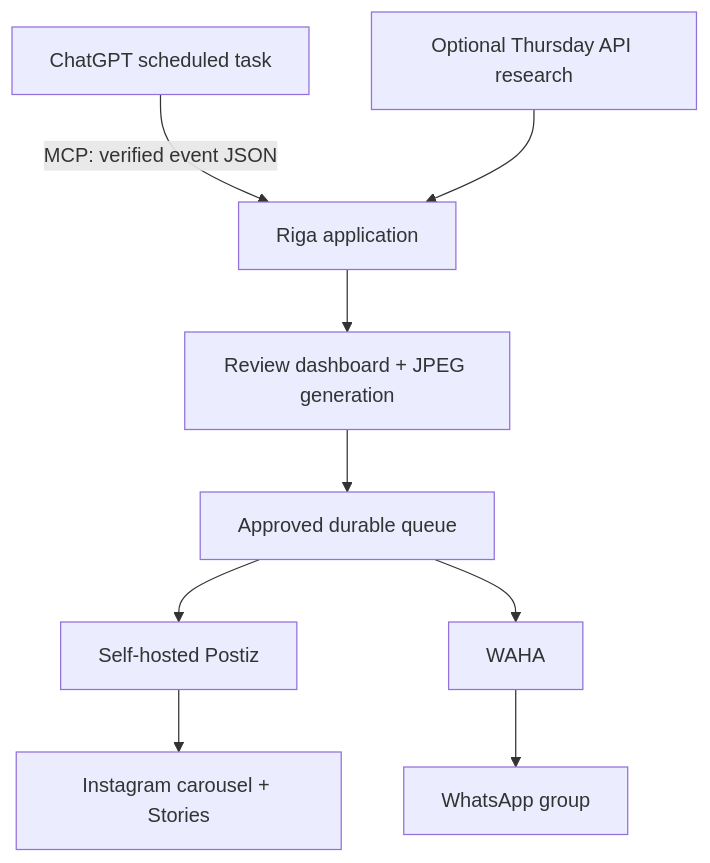
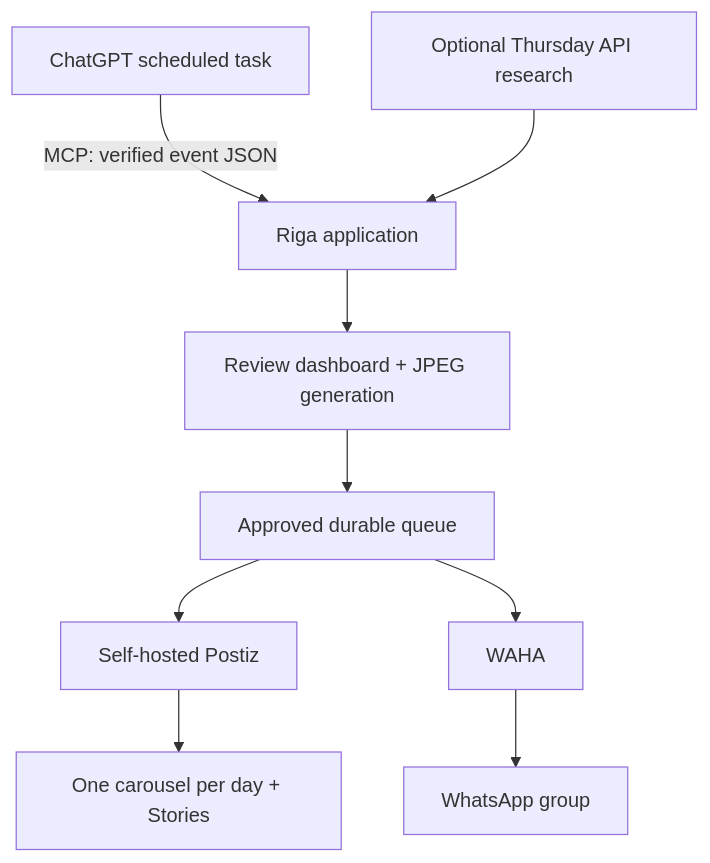
Before and after one commit to Kaspiks/rigathisweekend: the diagram in README.md, drawn with Mermaid. The commit also changed other lines of this file and 46 other files, not shown here.

````diff
--- a/README.md
+++ b/README.md
@@ -52,11 +52,11 @@
 ```mermaid
 flowchart TD
   C[ChatGPT scheduled task] -->|MCP: verified event JSON| A[Riga application]
   W[Optional Thursday API research] --> A
   A --> R[Review dashboard + JPEG generation]
   R --> Q[Approved durable queue]
   Q --> P[Self-hosted Postiz]
-  P --> I[Instagram carousel + Stories]
+  P --> I[One carousel per day + Stories]
   Q --> H[WAHA]
   H --> G[WhatsApp group]
 ```
````
